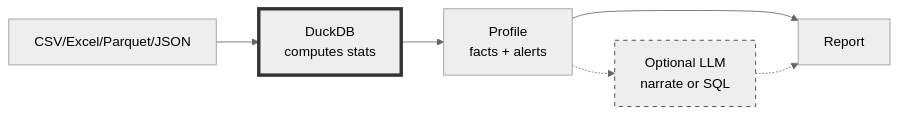
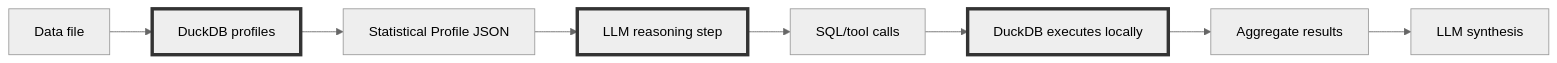
Before and after one commit to Shaddix/mostlylucidweb: the first of 2 diagrams in Mostlylucid/Markdown/datasummarizer-how-it-works.md, drawn with Mermaid (neutral theme). The commit also changed other lines of this file and 23 other files, not shown here.

````diff
--- a/Mostlylucid/Markdown/datasummarizer-how-it-works.md
+++ b/Mostlylucid/Markdown/datasummarizer-how-it-works.md
@@ -242,11 +78,14 @@
 ```mermaid
 flowchart LR
-    F[CSV/Excel/Parquet/JSON] --> D[DuckDB<br/>computes stats]
-    D --> P[Profile<br/>facts + alerts]
-    P --> R[Report]
-    P -.-> L[Optional LLM<br/>narrate or SQL]
-    L -.-> R
+    A[Data file] --> B[DuckDB profiles]
+    B --> C[Statistical Profile JSON]
+    C --> D[LLM reasoning step]
+    D --> E[SQL/tool calls]
+    E --> F[DuckDB executes locally]
+    F --> G[Aggregate results]
+    G --> H[LLM synthesis]
 
+    style B stroke:#333,stroke-width:4px
     style D stroke:#333,stroke-width:4px
-    style L stroke:#333,stroke-dasharray: 5 5
+    style F stroke:#333,stroke-width:4px
 ```
````
